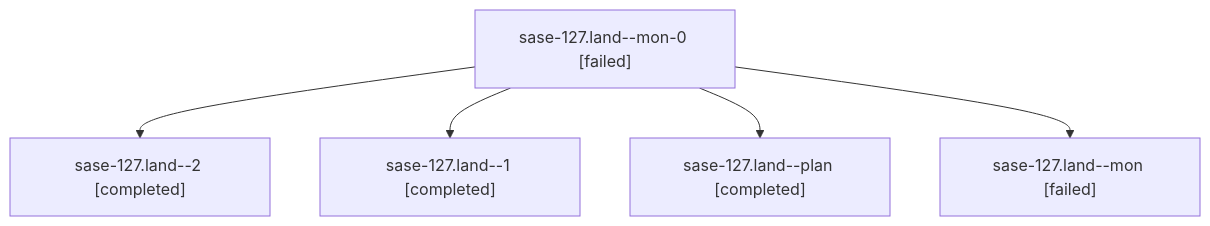
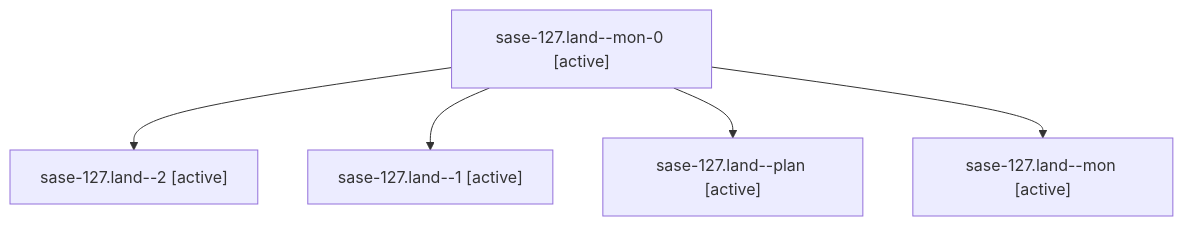
The diagram in families/bbugyi200.athena.sase-127.land.md (sase-org/sase--agents), drawn with Mermaid before and after one commit. The commit also changed other lines of this file and 35830 other files, not shown here.

````diff
--- a/families/bbugyi200.athena.sase-127.land.md
+++ b/families/bbugyi200.athena.sase-127.land.md
@@ -9,12 +9,12 @@
 ```mermaid
 flowchart TD
-  n0["sase-127.land--mon-0 [failed]"]
-  n1["sase-127.land--2 [completed]"]
+  n0["sase-127.land--mon-0 [active]"]
+  n1["sase-127.land--2 [active]"]
   n0 --> n1
-  n2["sase-127.land--1 [completed]"]
+  n2["sase-127.land--1 [active]"]
   n0 --> n2
-  n3["sase-127.land--plan [completed]"]
+  n3["sase-127.land--plan [active]"]
   n0 --> n3
-  n4["sase-127.land--mon [failed]"]
+  n4["sase-127.land--mon [active]"]
   n0 --> n4
 ```
````
